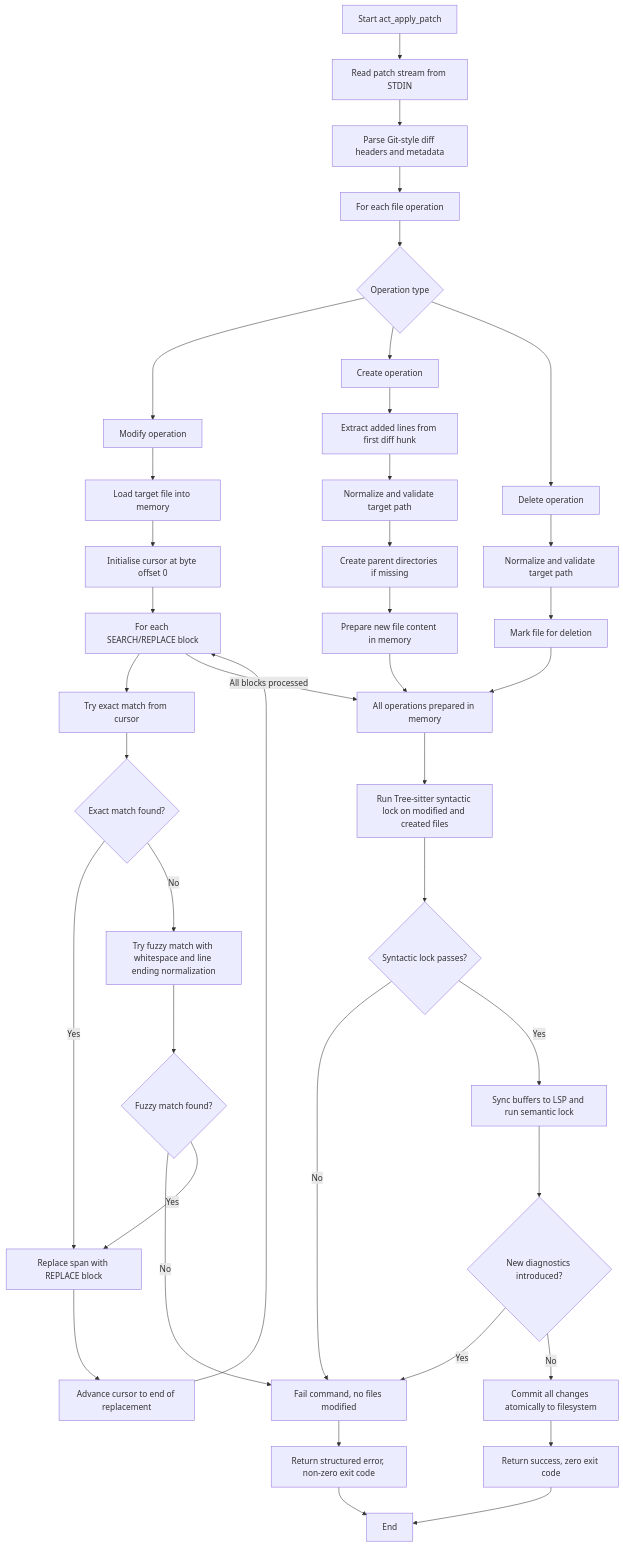
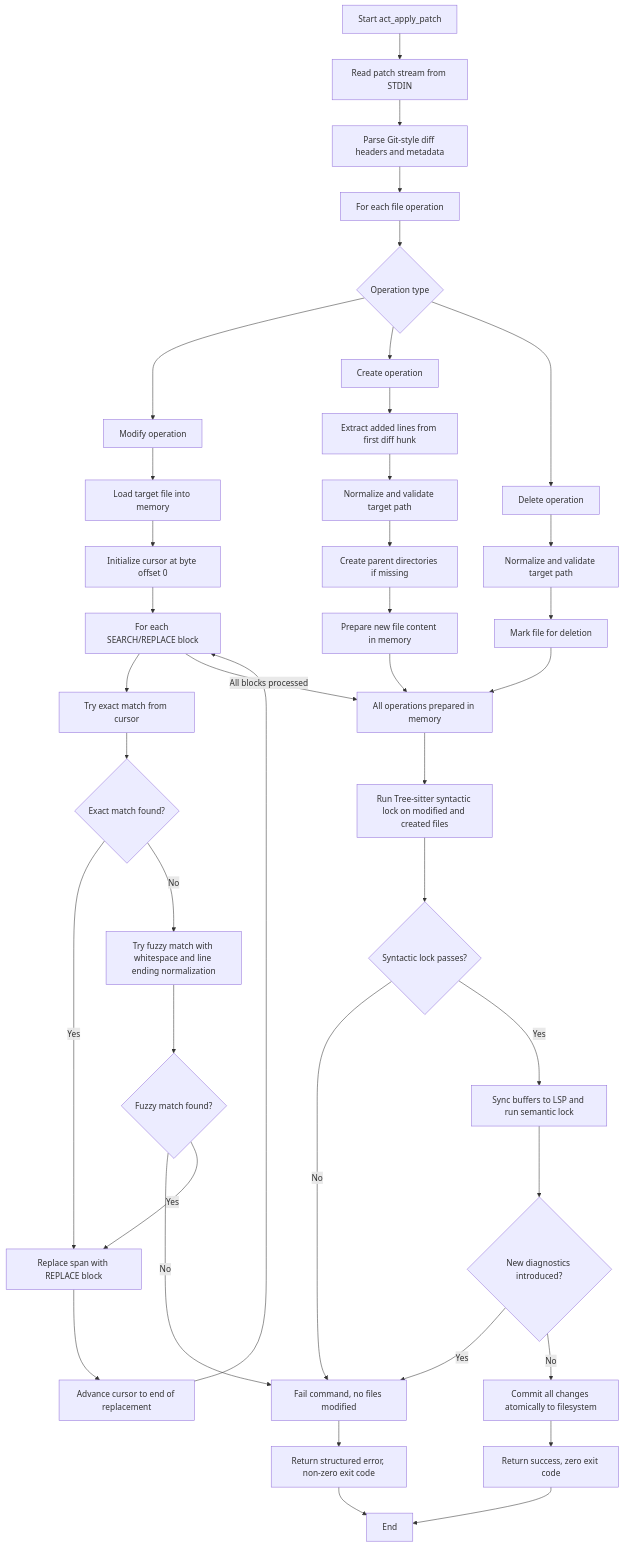
One commit to leynos/weaver changed the ninth of 12 diagrams in docs/weaver-design.md. Above: the diagram before and after it, drawn with Mermaid. The commit also changed other lines of this file and 102 other files, not shown here.

````diff
--- a/docs/weaver-design.md
+++ b/docs/weaver-design.md
@@ -2262,46 +2262,46 @@
 ```mermaid
 flowchart TD
     A[Start act_apply_patch] --> B[Read patch stream from STDIN]
     B --> C[Parse Git-style diff headers and metadata]
     C --> D[For each file operation]
 
     D --> E{Operation type}
     E --> F[Modify operation] --> F1[Load target file into memory]
-    F1 --> F2[Initialise cursor at byte offset 0]
+    F1 --> F2[Initialize cursor at byte offset 0]
     F2 --> F3[For each SEARCH/REPLACE block]
     F3 --> F4[Try exact match from cursor]
     F4 --> F5{Exact match found?}
     F5 -->|Yes| F8[Replace span with REPLACE block]
     F5 -->|No| F6[Try fuzzy match with whitespace and line ending normalization]
     F6 --> F7{Fuzzy match found?}
     F7 -->|No| Z1[Fail command, no files modified]
     F7 -->|Yes| F8[Replace span with REPLACE block]
     F8 --> F9[Advance cursor to end of replacement]
     F9 --> F3
 
     E --> G[Create operation] --> G1[Extract added lines from first diff hunk]
     G1 --> G2[Normalize and validate target path]
     G2 --> G3[Create parent directories if missing]
     G3 --> G4[Prepare new file content in memory]
 
     E --> H[Delete operation] --> H1[Normalize and validate target path]
     H1 --> H2[Mark file for deletion]
 
     F3 -->|All blocks processed| I[All operations prepared in memory]
     G4 --> I
     H2 --> I
 
     I --> J[Run Tree-sitter syntactic lock on modified and created files]
     J --> K{Syntactic lock passes?}
     K -->|No| Z1
     K -->|Yes| L[Sync buffers to LSP and run semantic lock]
 
     L --> M{New diagnostics introduced?}
     M -->|Yes| Z1
     M -->|No| N[Commit all changes atomically to filesystem]
 
     N --> O[Return success, zero exit code]
     Z1 --> P[Return structured error, non-zero exit code]
     O --> Q[End]
     P --> Q[End]
 ```
````
